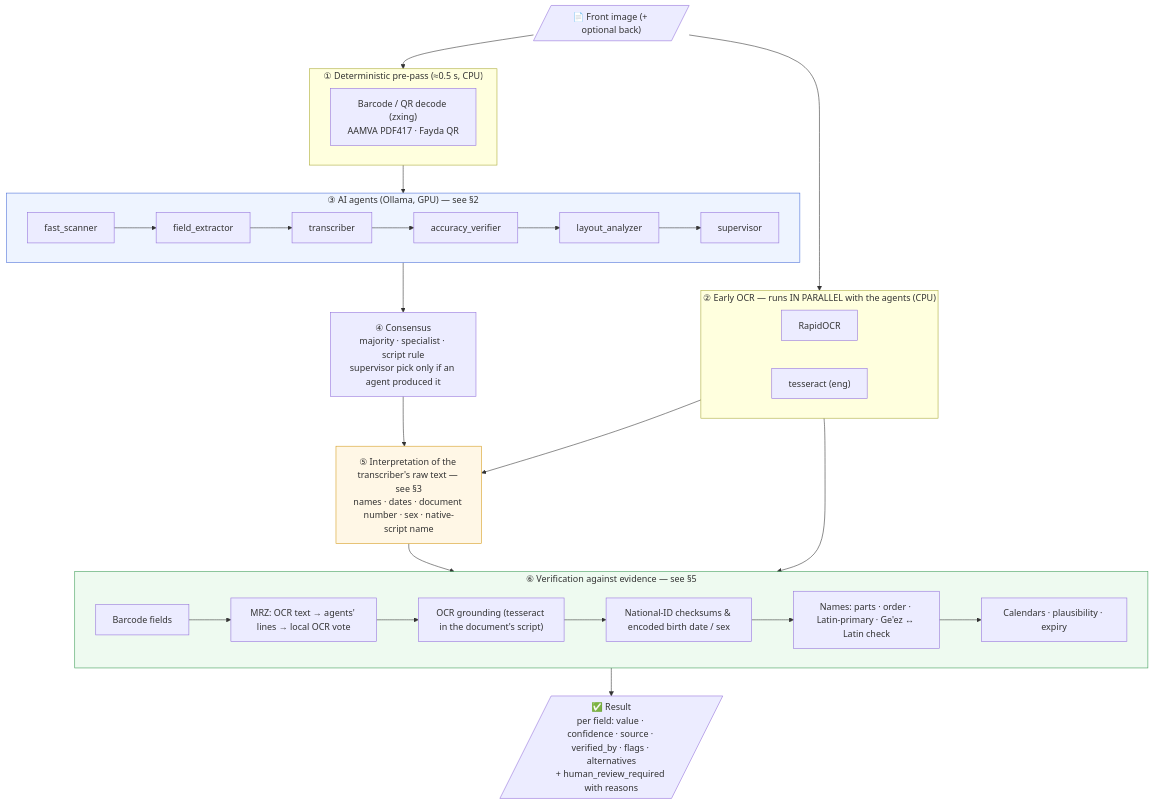
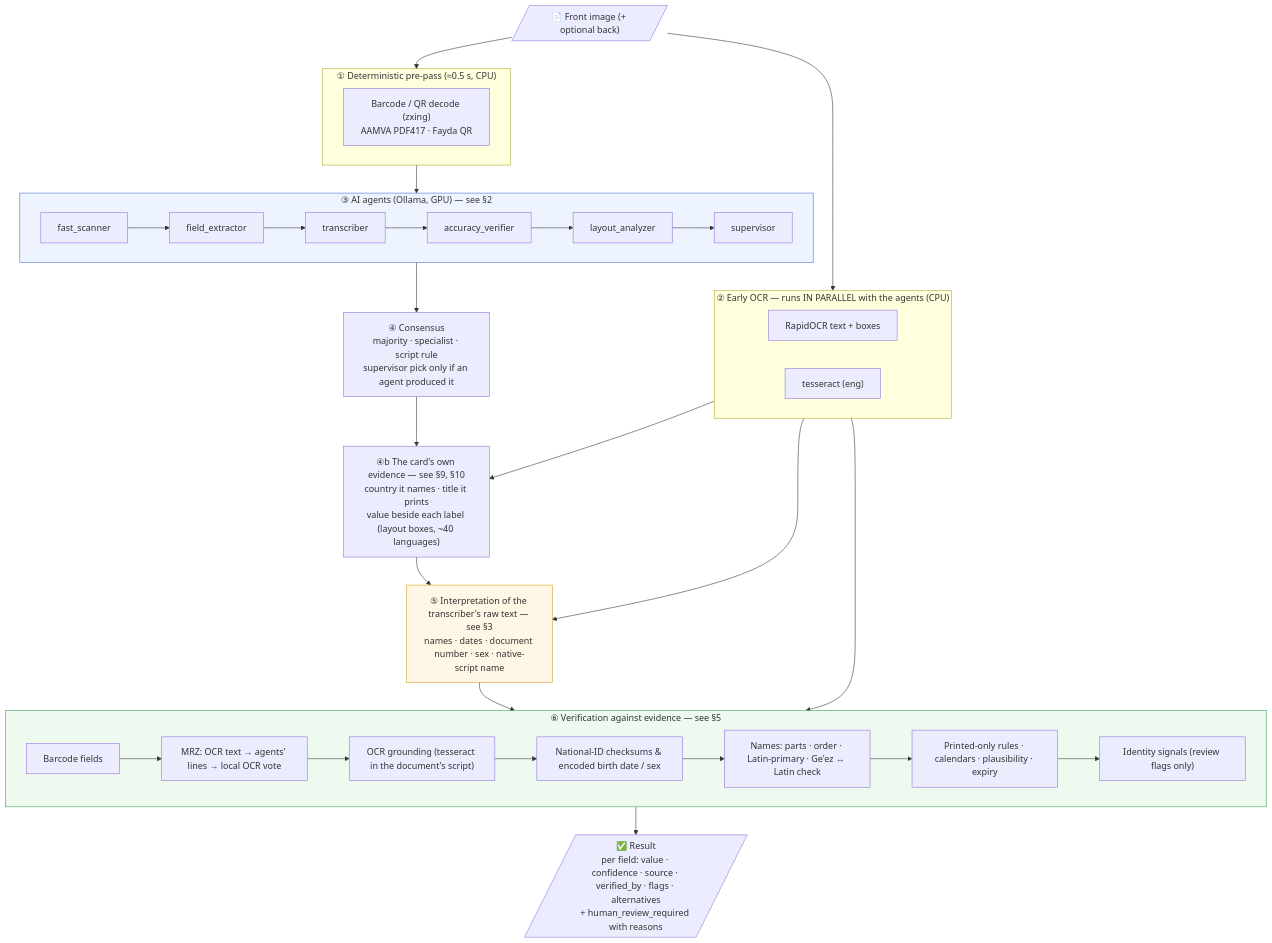
The first of 16 diagrams in docs/UNIVERSAL_ARCHITECTURE.md (kemesay/kyc-extrcat-with-AI-agents), drawn with Mermaid before and after one commit. The commit also changed other lines of this file and 57 other files, not shown here.

````diff
--- a/docs/UNIVERSAL_ARCHITECTURE.md
+++ b/docs/UNIVERSAL_ARCHITECTURE.md
@@ -29,39 +37,43 @@
 ```mermaid
 flowchart TD
     IMG[/"📄 Front image (+ optional back)"/] --> PRE
 
     subgraph PRE["① Deterministic pre-pass (≈0.5 s, CPU)"]
         BC["Barcode / QR decode (zxing)<br/>AAMVA PDF417 · Fayda QR"]
     end
 
     IMG --> OCR
     subgraph OCR["② Early OCR — runs IN PARALLEL with the agents (CPU)"]
-        R1["RapidOCR"]
+        R1["RapidOCR text + boxes"]
         T1["tesseract (eng)"]
     end
 
     PRE --> AG
     subgraph AG["③ AI agents (Ollama, GPU) — see §2"]
         A1["fast_scanner"] --> A2["field_extractor"] --> TR["transcriber"] --> A3["accuracy_verifier"] --> A4["layout_analyzer"] --> A5["supervisor"]
     end
 
     AG --> CON["④ Consensus<br/>majority · specialist · script rule<br/>supervisor pick only if an agent produced it"]
-    CON --> INT["⑤ Interpretation of the transcriber's raw text — see §3<br/>names · dates · document number · sex · native-script name"]
+    INT["⑤ Interpretation of the transcriber's raw text — see §3<br/>names · dates · document number · sex · native-script name"]
+    OCR --> CARD
+    CON --> CARD["④b The card's own evidence — see §9, §10<br/>country it names · title it prints<br/>value beside each label (layout boxes, ~40 languages)"]
+    CARD --> INT
     OCR --> INT
     INT --> VER
 
     subgraph VER["⑥ Verification against evidence — see §5"]
         V1["Barcode fields"] --> V2["MRZ: OCR text → agents' lines → local OCR vote"]
         V2 --> V3["OCR grounding (tesseract in the document's script)"]
         V3 --> V4["National-ID checksums & encoded birth date / sex"]
         V4 --> V5["Names: parts · order · Latin-primary · Ge'ez ↔ Latin check"]
-        V5 --> V6["Calendars · plausibility · expiry"]
+        V5 --> V6["Printed-only rules · calendars · plausibility · expiry"]
+        V6 --> V7["Identity signals (review flags only)"]
     end
 
     OCR --> VER
     VER --> OUT[/"✅ Result<br/>per field: value · confidence · source · verified_by · flags · alternatives<br/>+ human_review_required with reasons"/]
 
     style AG fill:#eef4ff,stroke:#4a6fd8
     style VER fill:#eefaf0,stroke:#3a9a55
     style INT fill:#fff7e6,stroke:#d49a1a
 ```
````
